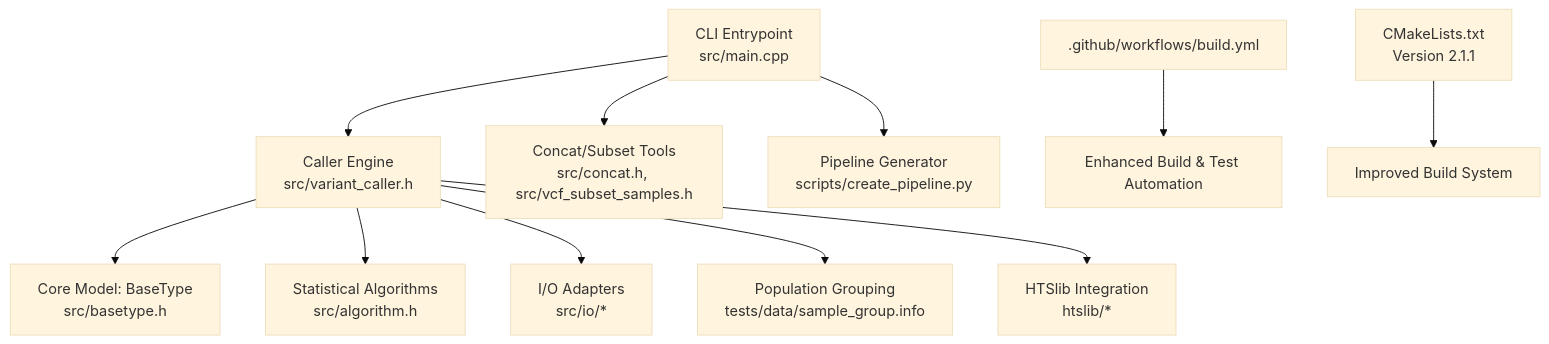
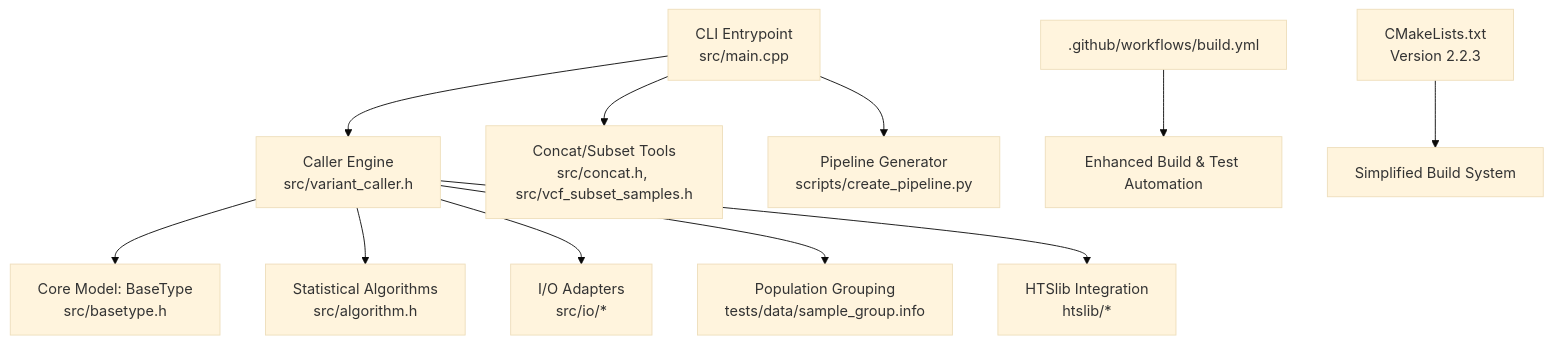
The first of 7 diagrams in .qoder/repowiki/en/content/Project Overview/Project Overview.md (ShujiaHuang/BaseVar2), drawn with Mermaid (base theme) before and after one commit. The commit also changed other lines of this file and 5 other files, not shown here.

````diff
--- a/.qoder/repowiki/en/content/Project Overview/Project Overview.md
+++ b/.qoder/repowiki/en/content/Project Overview/Project Overview.md
@@ -63,13 +63,13 @@
 ```mermaid
 graph TB
 A["CLI Entrypoint<br/>src/main.cpp"] --> B["Caller Engine<br/>src/variant_caller.h"]
 B --> C["Core Model: BaseType<br/>src/basetype.h"]
 B --> D["Statistical Algorithms<br/>src/algorithm.h"]
 B --> E["I/O Adapters<br/>src/io/*"]
 B --> F["Population Grouping<br/>tests/data/sample_group.info"]
 A --> G["Concat/Subset Tools<br/>src/concat.h, src/vcf_subset_samples.h"]
 A --> H["Pipeline Generator<br/>scripts/create_pipeline.py"]
 B --> I["HTSlib Integration<br/>htslib/*"]
 J[".github/workflows/build.yml"] --> K["Enhanced Build & Test Automation"]
-L["CMakeLists.txt<br/>Version 2.1.1"] --> M["Improved Build System"]
+L["CMakeLists.txt<br/>Version 2.2.3"] --> M["Simplified Build System"]
 ```
````
